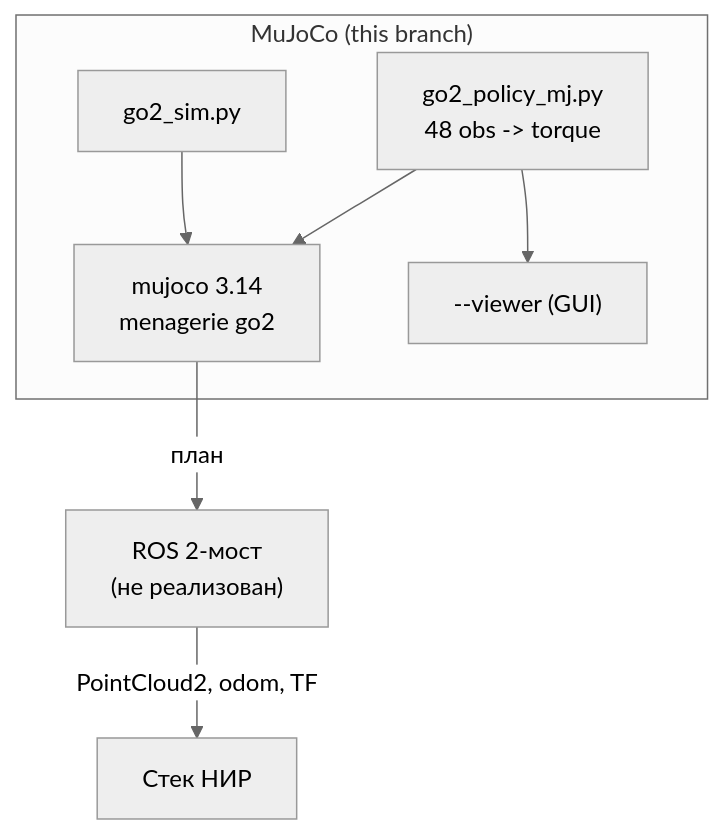
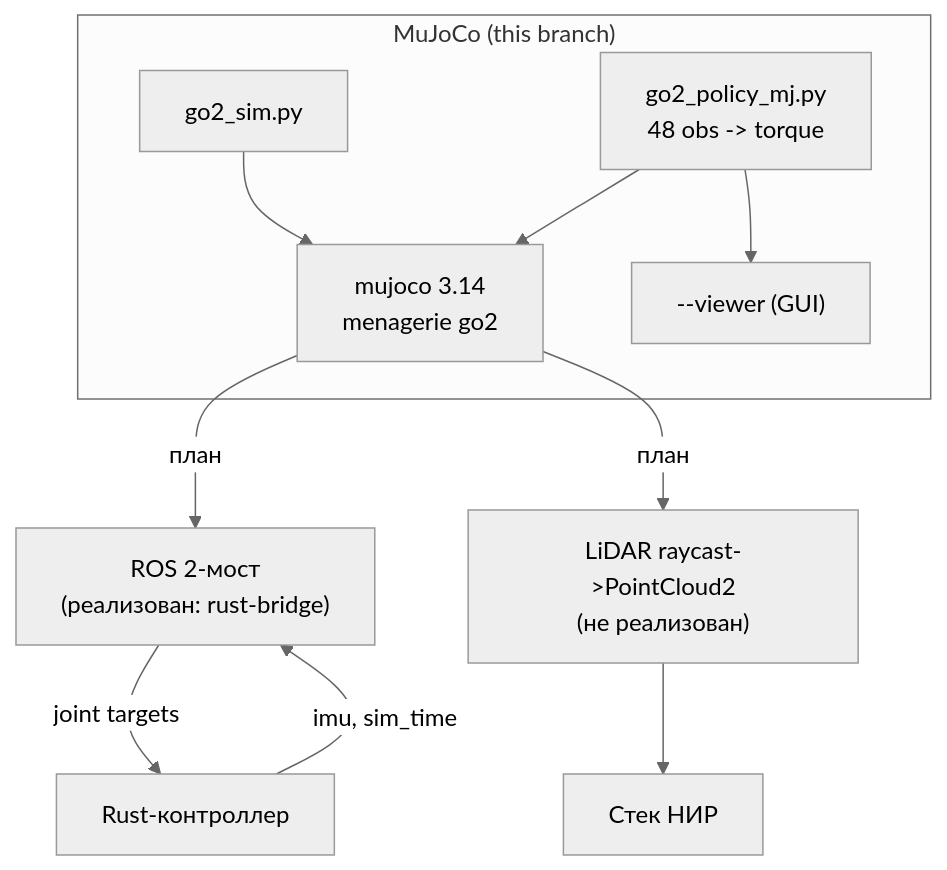
The second of 2 diagrams in reports/mujoco/2026-09-27_mujoco-integration-report.md (RedAlexDad/WalkingRobotSim), drawn with Mermaid (neutral theme) before and after one commit. The commit also changed other lines of this file, not shown here.

First line of the commit message:
docs(mujoco): доработать отчёт — связка с Rust, Makefile, тесты, находка

````diff
--- a/reports/mujoco/2026-09-27_mujoco-integration-report.md
+++ b/reports/mujoco/2026-09-27_mujoco-integration-report.md
@@ -79,14 +104,17 @@
 ```mermaid
 graph TB
     subgraph "MuJoCo (this branch)"
         MJ["mujoco 3.14<br/>menagerie go2"]
         SIM["go2_sim.py"]
         POL["go2_policy_mj.py<br/>48 obs -> torque"]
         VIEW["--viewer (GUI)"]
     end
     POL --> MJ
     SIM --> MJ
     POL --> VIEW
-    MJ -->|план| BRIDGE["ROS 2-мост<br/>(не реализован)"]
-    BRIDGE -->|PointCloud2, odom, TF| NIRS["Стек НИР"]
+    MJ -->|план| BRIDGE["ROS 2-мост<br/>(реализован: rust-bridge)"]
+    BRIDGE -->|joint targets| RUST["Rust-контроллер"]
+    RUST -->|imu, sim_time| BRIDGE
+    MJ -->|план| LIDAR["LiDAR raycast->PointCloud2<br/>(не реализован)"]
+    LIDAR --> NIRS["Стек НИР"]
 ```
````
